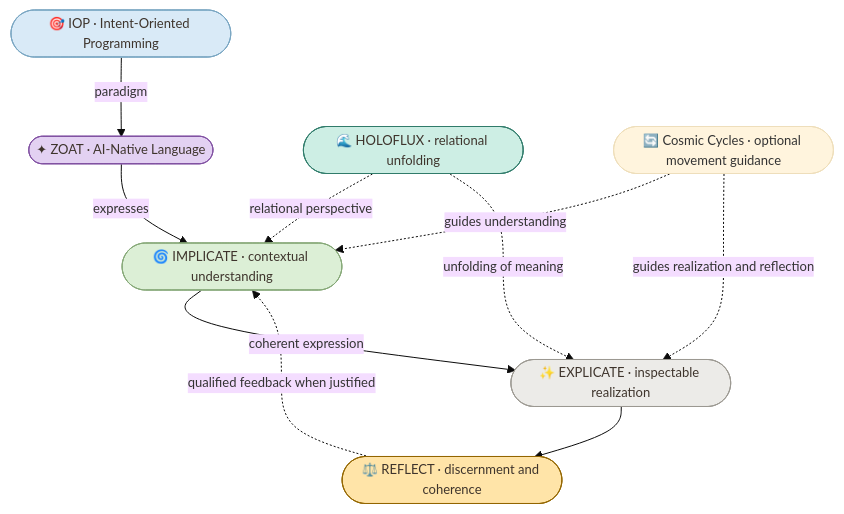
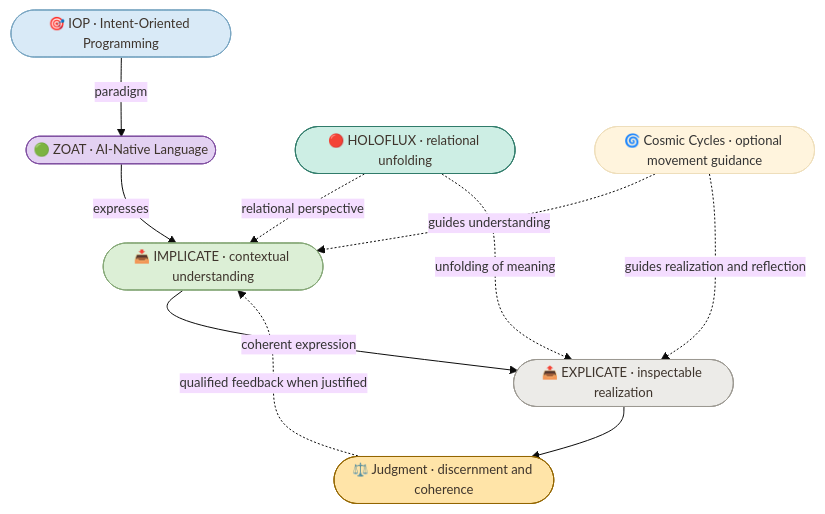
The second of 2 diagrams in README.md (enogrob/project-zoat), drawn with Mermaid before and after one commit. The commit also changed other lines of this file, not shown here.

Commit message:
docs: align ZOAT public diagrams to canonical visual skill identities (#5)

````diff
--- a/README.md
+++ b/README.md
@@ -77,26 +77,26 @@
 ```mermaid
 %%{init: {"theme":"base","themeVariables":{"fontSize":"13px"},"flowchart":{"wrappingWidth":200,"minNodeWidth":0,"padding":8}}}%%
 flowchart TD
     P(["🎯 IOP · Intent-Oriented Programming"]):::context
-    Z(["✦ ZOAT · AI-Native Language"]):::core
-    H(["🌊 HOLOFLUX · relational unfolding"]):::relational
-    U(["🌀 IMPLICATE · contextual understanding"]):::understanding
-    E(["✨ EXPLICATE · inspectable realization"]):::projection
-    CY(["🔄 Cosmic Cycles · optional movement guidance"])
-    RF(["⚖️ REFLECT · discernment and coherence"]):::guidance
+    Z(["🟢 ZOAT · AI-Native Language"]):::core
+    H(["🔴 HOLOFLUX · relational unfolding"]):::relational
+    U(["📥 IMPLICATE · contextual understanding"]):::understanding
+    E(["📤 EXPLICATE · inspectable realization"]):::projection
+    CY(["🌀 Cosmic Cycles · optional movement guidance"])
+    RF(["⚖️ Judgment · discernment and coherence"]):::guidance
     P -->|paradigm| Z
     Z -->|expresses| U
     U -->|coherent expression| E
     H -.->|relational perspective| U
     H -.->|unfolding of meaning| E
     CY -.->|guides understanding| U
     CY -.->|guides realization and reflection| E
     E --> RF
     RF -.->|qualified feedback when justified| U
     classDef context fill:#D9EAF7,stroke:#7AA6C2,color:#3E342C
     classDef understanding fill:#DCEFD6,stroke:#86A878,color:#3E342C
     classDef core fill:#E3D1F2,stroke:#8050A1,color:#3E342C
     classDef relational fill:#CDEEE4,stroke:#317C6B,color:#3E342C
     classDef guidance fill:#FFE4A8,stroke:#936600,color:#3E342C
     classDef projection fill:#ECEBE8,stroke:#9C9992,color:#3E342C
 ```
````
